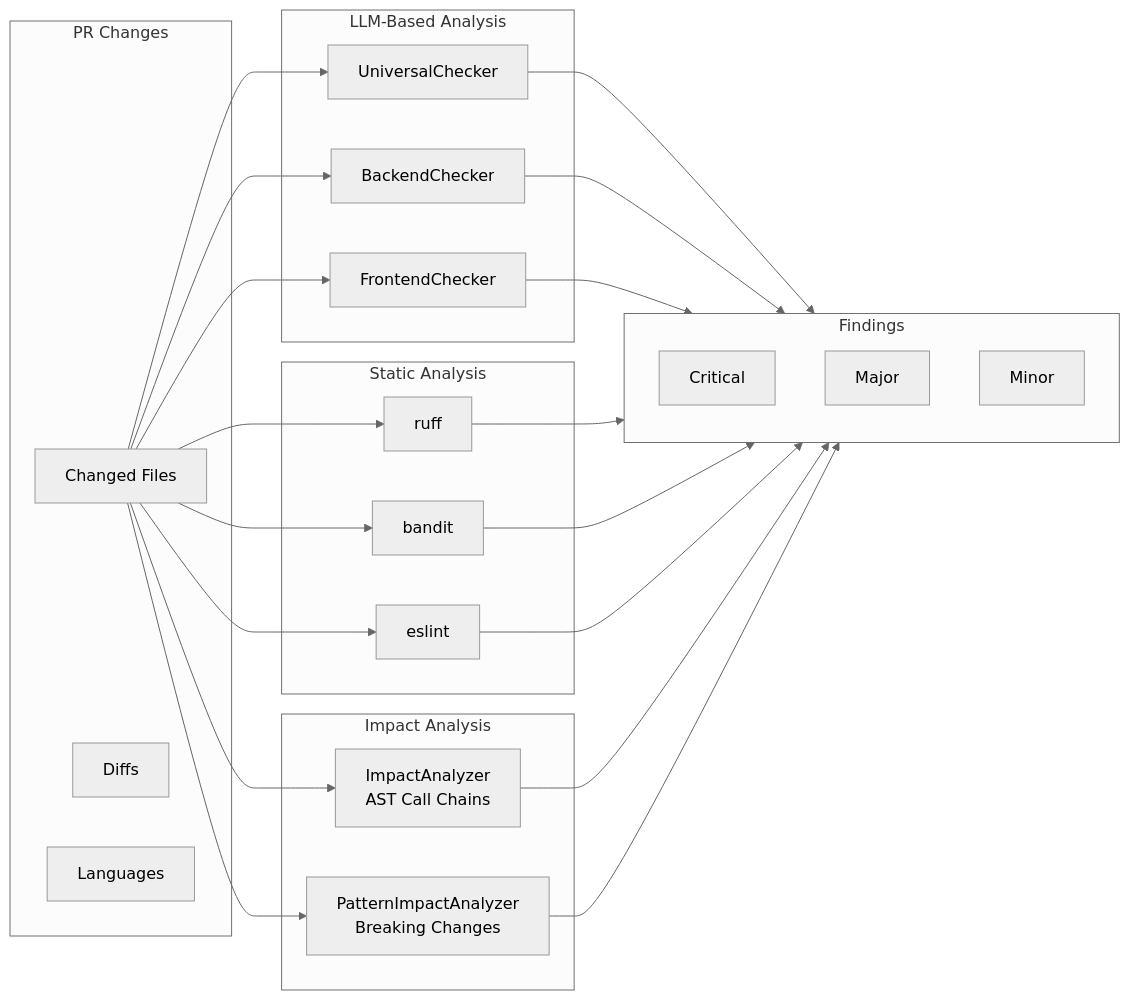
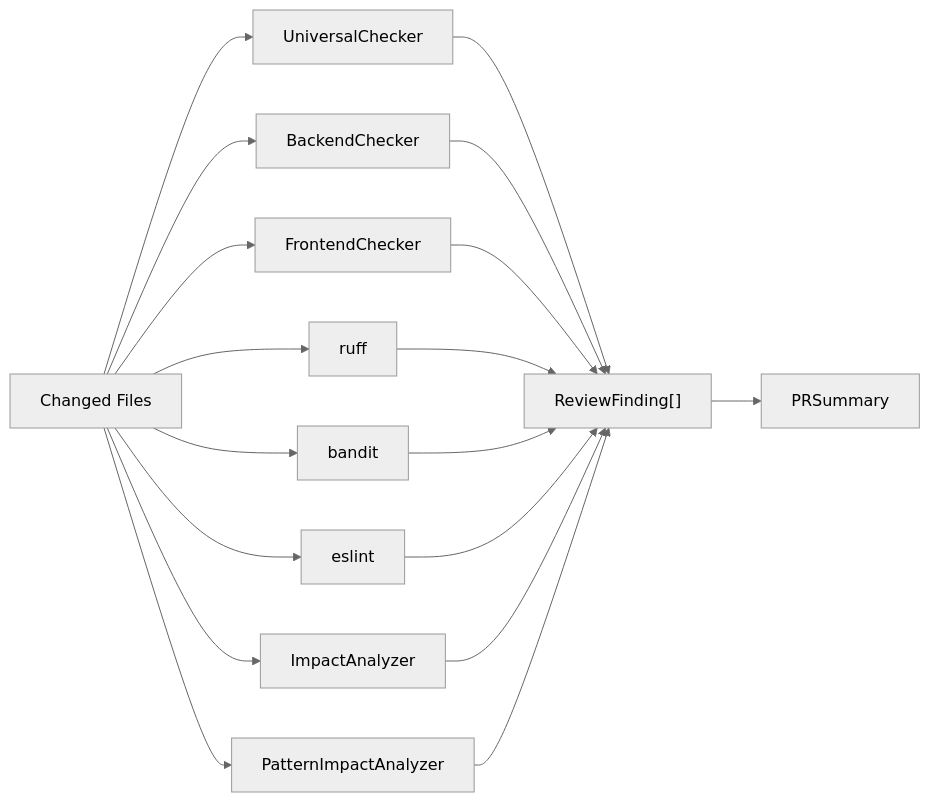
The third of 3 diagrams in README.md (gaozhidf/code-review-agent), drawn with Mermaid (neutral theme) before and after one commit. The commit also changed other lines of this file, not shown here.

````diff
--- a/README.md
+++ b/README.md
@@ -183,39 +146,19 @@
 ```mermaid
 flowchart LR
-    subgraph Input["PR Changes"]
-        C1[Changed Files]
-        D1[Diffs]
-        L1[Languages]
-    end
-    
-    subgraph LLM_Layer["LLM-Based Analysis"]
-        U[UniversalChecker]
-        B[BackendChecker]
-        F[FrontendChecker]
-    end
-    
-    subgraph Static_Layer["Static Analysis"]
-        R[ruff]
-        BT[bandit]
-        E[eslint]
-    end
-    
-    subgraph Impact_Layer["Impact Analysis"]
-        IA[ImpactAnalyzer<br/>AST Call Chains]
-        PA[PatternImpactAnalyzer<br/>Breaking Changes]
-    end
-    
-    subgraph Output["Findings"]
-        F1[Critical]
-        F2[Major]
-        F3[Minor]
-    end
-    
-    C1 --> U & B & F
-    C1 --> R & BT & E
-    C1 --> IA & PA
-    
-    U & B & F --> Output
-    R & BT & E --> Output
-    IA & PA --> Output
+    A[Changed Files] --> B1[UniversalChecker]
+    A --> B2[BackendChecker]
+    A --> B3[FrontendChecker]
+
+    A --> C1[ruff]
+    A --> C2[bandit]
+    A --> C3[eslint]
+
+    A --> D1[ImpactAnalyzer]
+    A --> D2[PatternImpactAnalyzer]
+
+    B1 & B2 & B3 --> E["ReviewFinding[]"]
+    C1 & C2 & C3 --> E
+    D1 & D2 --> E
+
+    E --> F[PRSummary]
 ```
````
